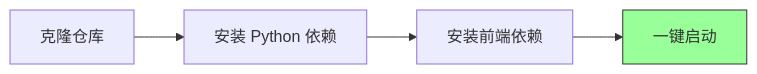
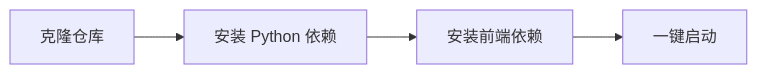
Before and after one commit to GTJasonMK/RSTA: the fifth of 13 diagrams in README.md, drawn with Mermaid. The commit also changed other lines of this file, not shown here.

Commit message:
修改README图表显示bug

````diff
--- a/README.md
+++ b/README.md
@@ -144,8 +138,6 @@
 ```mermaid
 graph LR
     A[克隆仓库] --> B[安装 Python 依赖]
     B --> C[安装前端依赖]
     C --> D[一键启动]
-
-    style D fill:#9f9,stroke:#333
 ```
````
